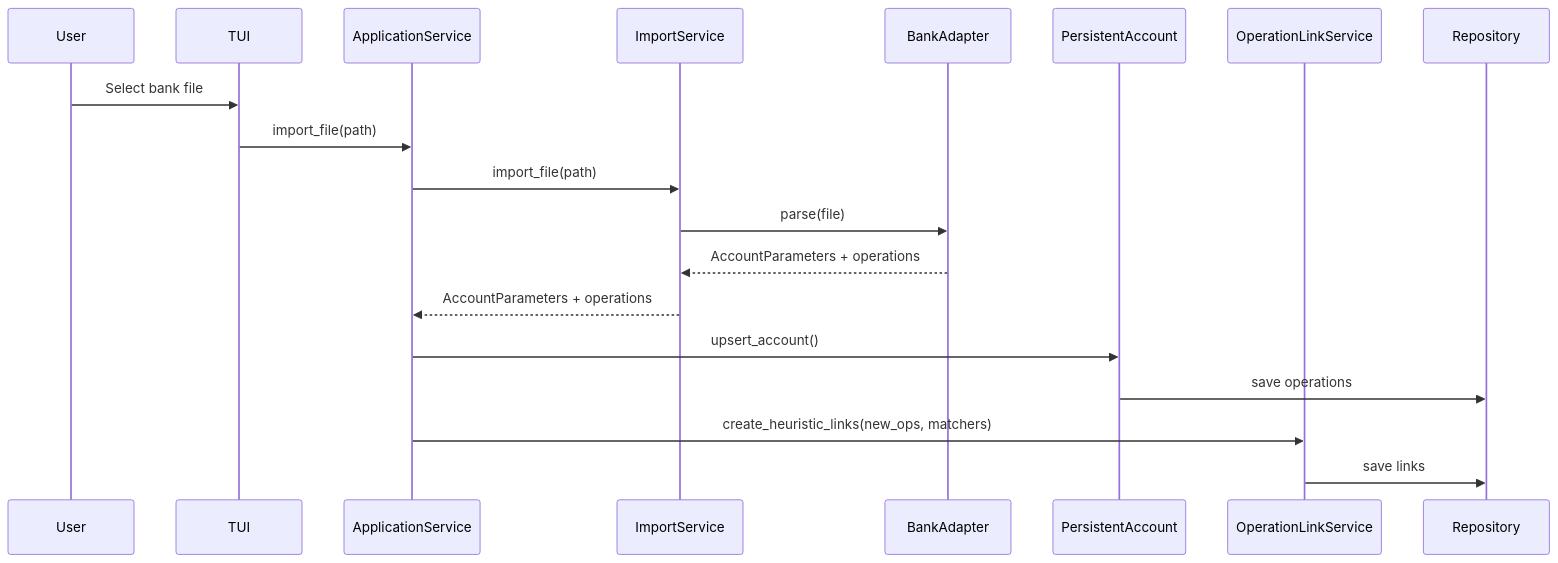
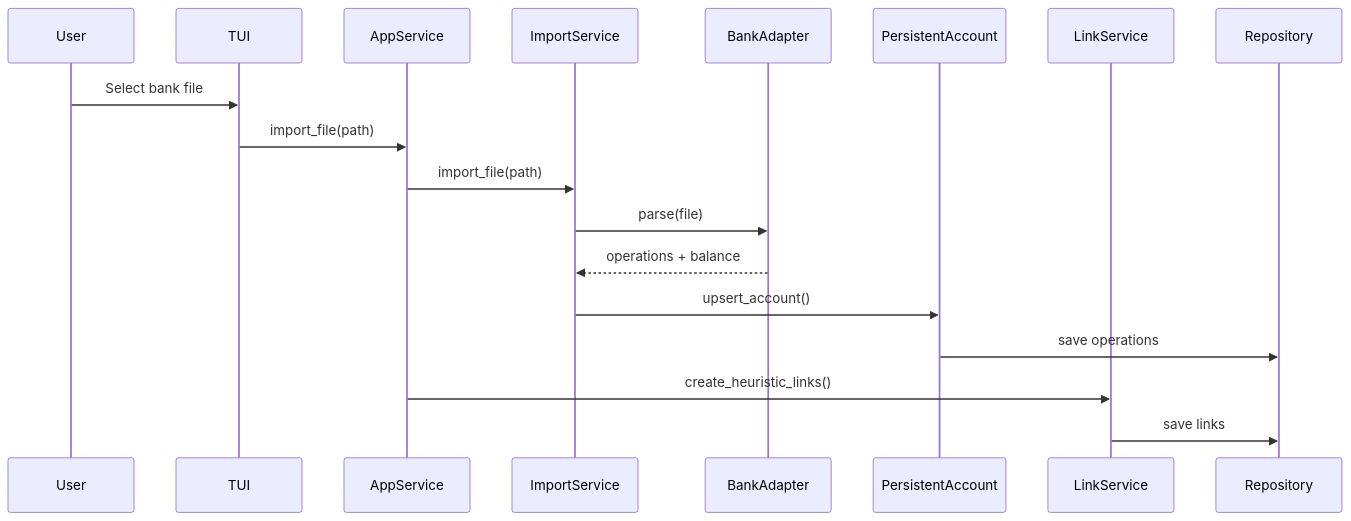
One commit to corentin-core/budget-forecaster changed the fifth of 7 diagrams in docs/dev/architecture.md. Above: the diagram before and after it, drawn with Mermaid. The commit also changed other lines of this file, not shown here.

First line of the commit message:
docs: update architecture documentation with complete module inventory

````diff
--- a/docs/dev/architecture.md
+++ b/docs/dev/architecture.md
@@ -284,22 +269,21 @@
 ```mermaid
 sequenceDiagram
     participant User
     participant TUI
-    participant AppService as ApplicationService
+    participant AppService
     participant ImportService
     participant BankAdapter
     participant PersistentAccount
-    participant LinkService as OperationLinkService
+    participant LinkService
     participant Repository
 
     User->>TUI: Select bank file
     TUI->>AppService: import_file(path)
     AppService->>ImportService: import_file(path)
     ImportService->>BankAdapter: parse(file)
-    BankAdapter-->>ImportService: AccountParameters + operations
-    ImportService-->>AppService: AccountParameters + operations
-    AppService->>PersistentAccount: upsert_account()
+    BankAdapter-->>ImportService: operations + balance
+    ImportService->>PersistentAccount: upsert_account()
     PersistentAccount->>Repository: save operations
-    AppService->>LinkService: create_heuristic_links(new_ops, matchers)
+    AppService->>LinkService: create_heuristic_links()
     LinkService->>Repository: save links
 ```
````
